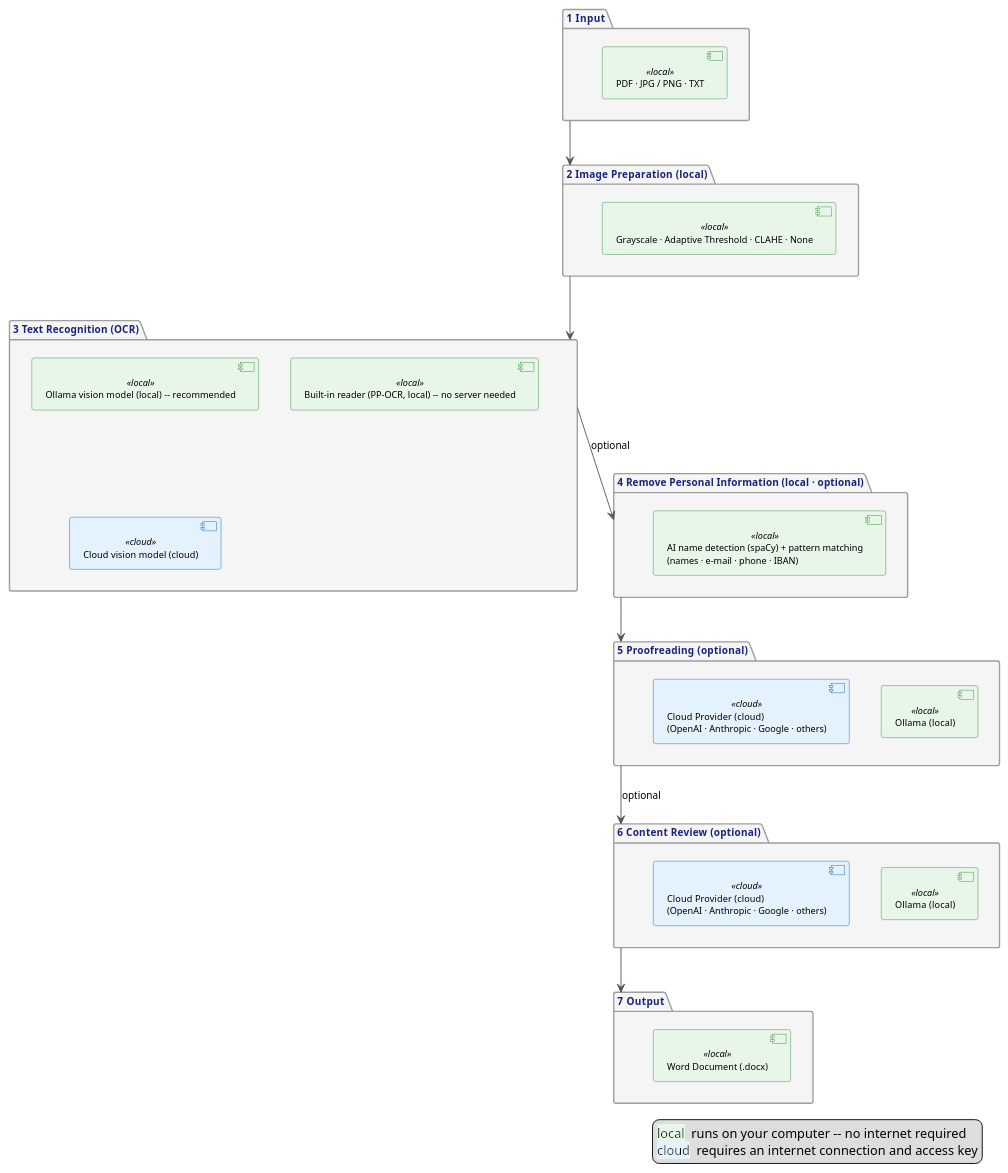
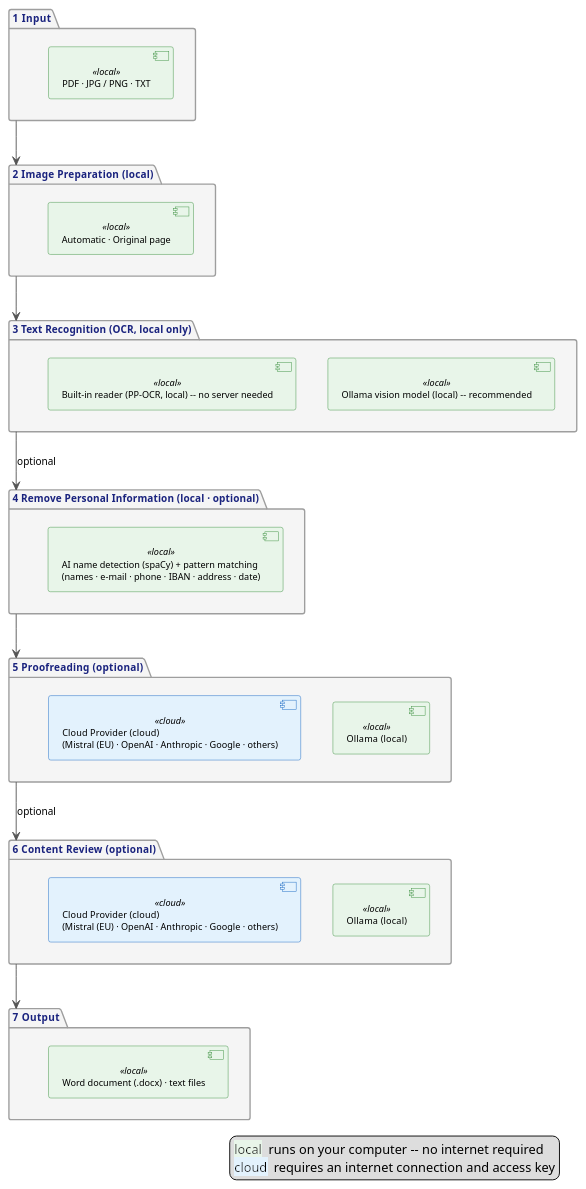
One commit to JoHoenk/teachers-teammate changed the diagram in docs/assets/pipeline_stages.puml. Above: the diagram before and after it, drawn with PlantUML. The commit also changed 32 other files, not shown here.

```diff
--- a/docs/assets/pipeline_stages.puml
+++ b/docs/assets/pipeline_stages.puml
@@ -1,85 +1,84 @@
 @startuml Teacher's Teammate -- Processing Pipeline
 top to bottom direction
 skinparam defaultFontSize 11
 skinparam shadowing false
 skinparam arrowColor #555555
 
 skinparam package {
   BackgroundColor #F5F5F5
   BorderColor #9E9E9E
   FontColor #1A237E
   FontStyle bold
   Padding 8
 }
 
 skinparam component {
   BackgroundColor #FFFFFF
   BorderColor #90A4AE
   FontSize 10
 }
 
 skinparam component<<local>> {
   BackgroundColor #E8F5E9
   BorderColor #388E3C
   FontSize 10
 }
 
 skinparam component<<cloud>> {
   BackgroundColor #E3F2FD
   BorderColor #1565C0
   FontSize 10
 }
 
 ' Stage 1: Input
 package "1  Input" as S_IN {
   component "PDF · JPG / PNG · TXT" as IN <<local>>
 }
 
 ' Stage 2: Image Preparation
 package "2  Image Preparation  (local)" as S_PRE {
-  component "Grayscale · Adaptive Threshold · CLAHE · None" as PRE <<local>>
+  component "Automatic · Original page" as PRE <<local>>
 }
 
 ' Stage 3: Text Recognition (OCR)
-package "3  Text Recognition (OCR)" as S_OCR {
+package "3  Text Recognition (OCR, local only)" as S_OCR {
   component "Ollama vision model  (local) -- recommended" as OCR_OL <<local>>
   component "Built-in reader (PP-OCR, local) -- no server needed" as OCR_ALT <<local>>
-  component "Cloud vision model  (cloud)" as OCR_CL <<cloud>>
 }
 
 ' Stage 4: Remove Personal Information (optional)
 package "4  Remove Personal Information  (local · optional)" as S_AN {
-  component "AI name detection (spaCy) + pattern matching\n(names · e-mail · phone · IBAN)" as AN <<local>>
+  component "AI name detection (spaCy) + pattern matching\n(names · e-mail · phone · IBAN · address · date)" as AN <<local>>
 }
 
 ' Stage 5: Proofreading (optional)
 package "5  Proofreading  (optional)" as S_CO {
   component "Ollama  (local)" as CO_OL <<local>>
-  component "Cloud Provider  (cloud)\n(OpenAI · Anthropic · Google · others)" as CO_CLD <<cloud>>
+  component "Cloud Provider  (cloud)\n(Mistral (EU) · OpenAI · Anthropic · Google · others)" as CO_CLD <<cloud>>
 }
 
 ' Stage 6: Content Review (optional)
 package "6  Content Review  (optional)" as S_EV {
   component "Ollama  (local)" as EV_OL <<local>>
-  component "Cloud Provider  (cloud)\n(OpenAI · Anthropic · Google · others)" as EV_CLD <<cloud>>
+  component "Cloud Provider  (cloud)\n(Mistral (EU) · OpenAI · Anthropic · Google · others)" as EV_CLD <<cloud>>
 }
 
 ' Stage 7: Output
 package "7  Output" as S_OUT {
-  component "Word Document (.docx)" as OUT <<local>>
+  component "Word document (.docx) · text files" as OUT <<local>>
 }
 
 ' Pipeline flow
 S_IN  -down-> S_PRE
 S_PRE -down-> S_OCR
 S_OCR -down-> S_AN  : optional
 S_AN  -down-> S_CO
 S_CO  -down-> S_EV  : optional
 S_EV  -down-> S_OUT
 
 legend right
   <back:#E8F5E9>local</back>  runs on your computer -- no internet required
   <back:#E3F2FD>cloud</back>  requires an internet connection and access key
 endlegend
 
 @enduml
```
